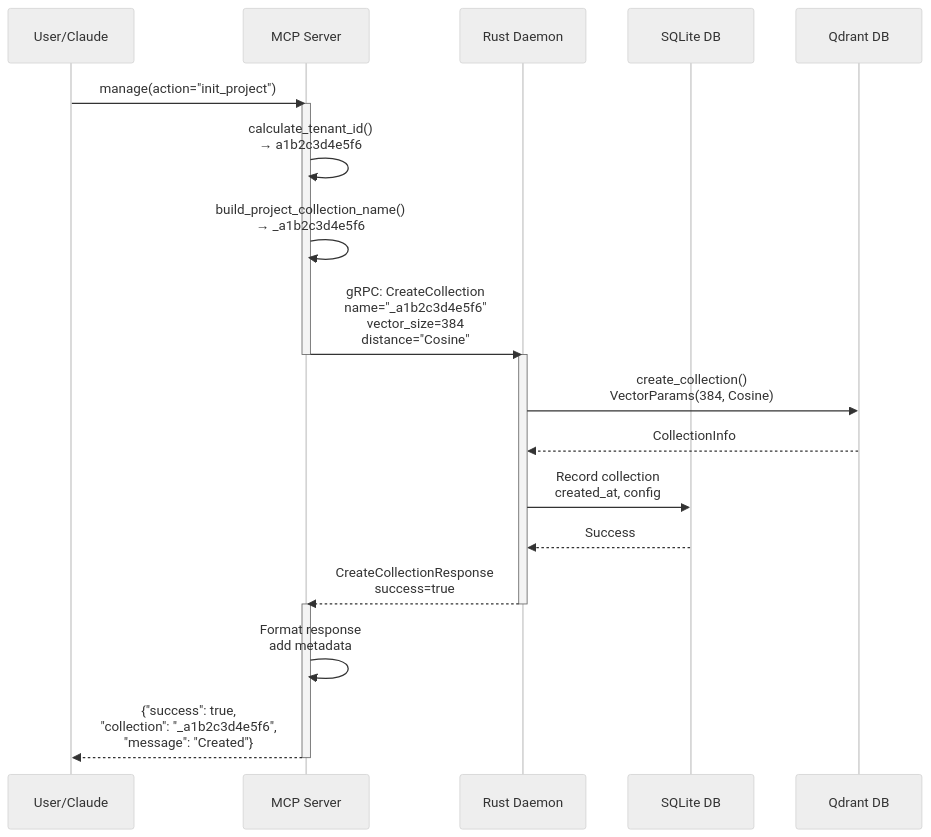
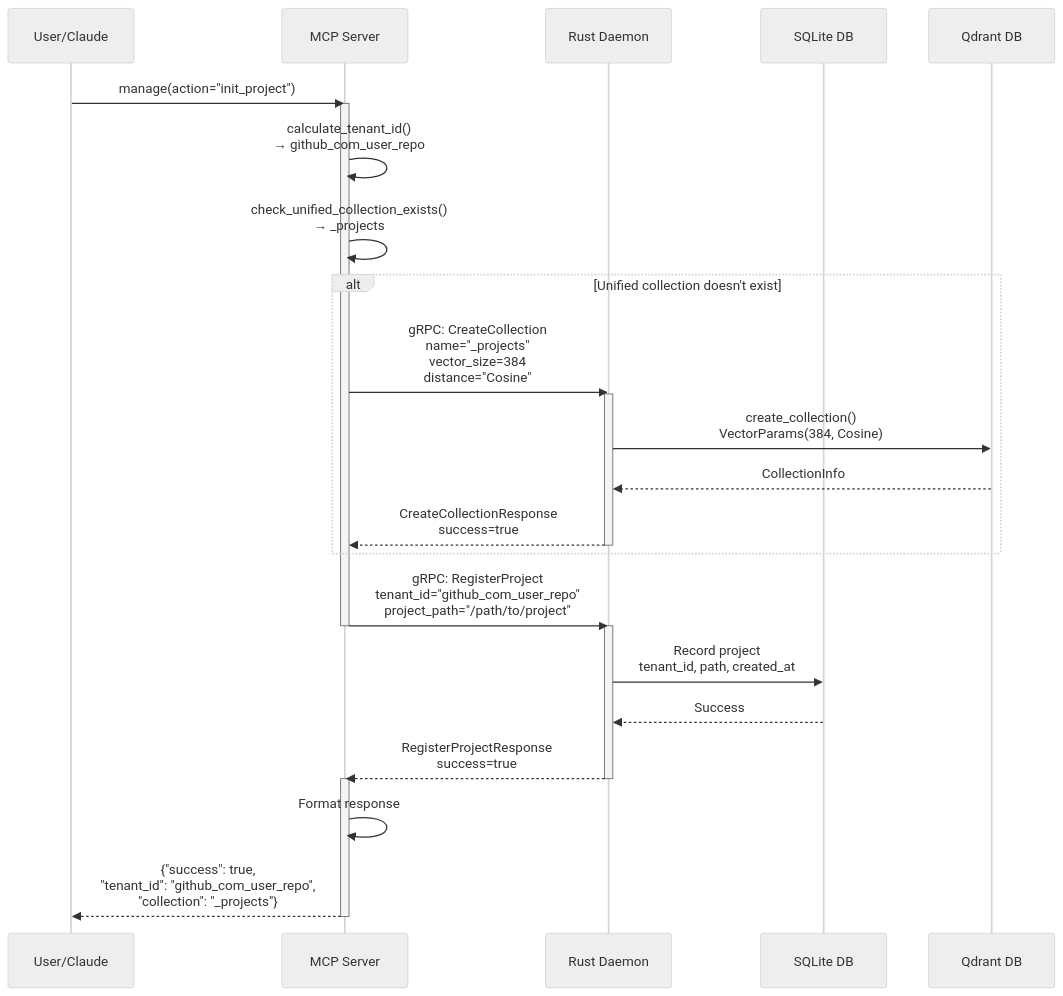
The tenth of 11 diagrams in docs/ARCHITECTURE.md (ChrisGVE/workspace-qdrant-mcp), drawn with Mermaid (neutral theme) before and after one commit. The commit also changed other lines of this file, not shown here.

````diff
--- a/docs/ARCHITECTURE.md
+++ b/docs/ARCHITECTURE.md
@@ -628,33 +634,40 @@
 ```mermaid
 sequenceDiagram
     participant User as User/Claude
     participant MCP as MCP Server
     participant Daemon as Rust Daemon
     participant SQLite as SQLite DB
     participant Qdrant as Qdrant DB
 
     User->>MCP: manage(action="init_project")
 
     activate MCP
-    MCP->>MCP: calculate_tenant_id()<br/>→ a1b2c3d4e5f6
-    MCP->>MCP: build_project_collection_name()<br/>→ _a1b2c3d4e5f6
+    MCP->>MCP: calculate_tenant_id()<br/>→ github_com_user_repo
+    MCP->>MCP: check_unified_collection_exists()<br/>→ _projects
 
-    MCP->>Daemon: gRPC: CreateCollection<br/>name="_a1b2c3d4e5f6"<br/>vector_size=384<br/>distance="Cosine"
+    alt Unified collection doesn't exist
+        MCP->>Daemon: gRPC: CreateCollection<br/>name="_projects"<br/>vector_size=384<br/>distance="Cosine"
+
+        activate Daemon
+        Daemon->>Qdrant: create_collection()<br/>VectorParams(384, Cosine)
+        Qdrant-->>Daemon: CollectionInfo
+        Daemon-->>MCP: CreateCollectionResponse<br/>success=true
+        deactivate Daemon
+    end
+
+    MCP->>Daemon: gRPC: RegisterProject<br/>tenant_id="github_com_user_repo"<br/>project_path="/path/to/project"
     deactivate MCP
 
     activate Daemon
-    Daemon->>Qdrant: create_collection()<br/>VectorParams(384, Cosine)
-    Qdrant-->>Daemon: CollectionInfo
-
-    Daemon->>SQLite: Record collection<br/>created_at, config
+    Daemon->>SQLite: Record project<br/>tenant_id, path, created_at
     SQLite-->>Daemon: Success
 
-    Daemon-->>MCP: CreateCollectionResponse<br/>success=true
+    Daemon-->>MCP: RegisterProjectResponse<br/>success=true
     deactivate Daemon
 
     activate MCP
-    MCP->>MCP: Format response<br/>add metadata
+    MCP->>MCP: Format response
 
-    MCP-->>User: {"success": true,<br/>"collection": "_a1b2c3d4e5f6",<br/>"message": "Created"}
+    MCP-->>User: {"success": true,<br/>"tenant_id": "github_com_user_repo",<br/>"collection": "_projects"}
     deactivate MCP
 ```
````
